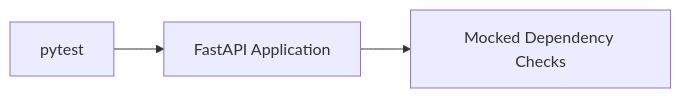
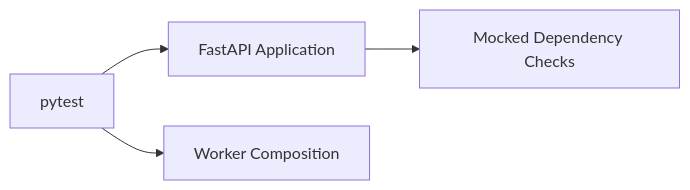
One commit to philgodoy96/supportops-ai-platform changed the sixth of 8 diagrams in docs/architecture/runtime-topology.md. Above: the diagram before and after it, drawn with Mermaid. The commit also changed other lines of this file and 6 other files, not shown here.

````diff
--- a/docs/architecture/runtime-topology.md
+++ b/docs/architecture/runtime-topology.md
@@ -287,9 +513,11 @@
 ```mermaid
 flowchart LR
     Pytest[pytest]
     App[FastAPI Application]
+    Worker[Worker Composition]
     FakeChecks[Mocked Dependency Checks]
 
     Pytest --> App
+    Pytest --> Worker
     App --> FakeChecks
 ```
````
